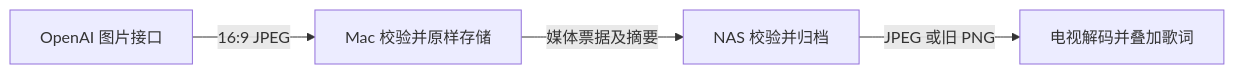
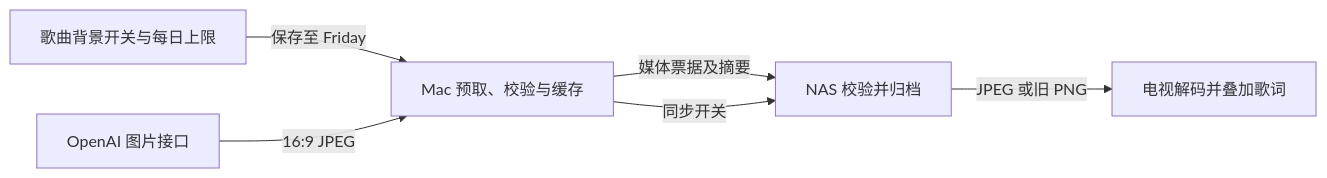
One commit to Geeprox/Friday changed the first of 2 diagrams in docs/ktv-development.md. Above: the diagram before and after it, drawn with Mermaid. The commit also changed other lines of this file and 39 other files, not shown here.

````diff
--- a/docs/ktv-development.md
+++ b/docs/ktv-development.md
@@ -23,6 +22,8 @@
 ```mermaid
 flowchart LR
-    A[OpenAI 图片接口] -->|16:9 JPEG| B[Mac 校验并原样存储]
+    E[歌曲背景开关与每日上限] -->|保存至 Friday| B[Mac 预取、校验与缓存]
+    A[OpenAI 图片接口] -->|16:9 JPEG| B
     B -->|媒体票据及摘要| C[NAS 校验并归档]
+    B -->|同步开关| C
     C -->|JPEG 或旧 PNG| D[电视解码并叠加歌词]
 ```
````
